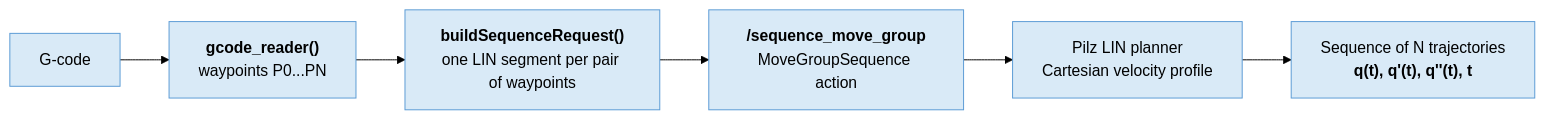
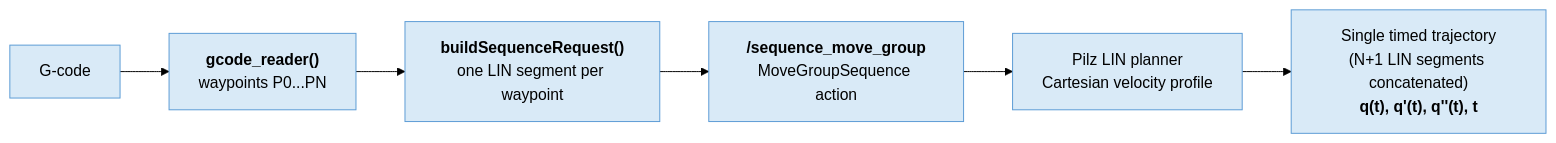
Before and after one commit to PedroAcero/tfm_workspace: the second of 2 diagrams in src/docs/planning.md, drawn with Mermaid (forest theme). The commit also changed other lines of this file, not shown here.

````diff
--- a/src/docs/planning.md
+++ b/src/docs/planning.md
@@ -145,15 +144,15 @@
 ```mermaid
 flowchart LR
     A["G-code"] --> B["<b> gcode_reader() </b><br/>waypoints P0...PN"]
-    B --> C["<b> buildSequenceRequest() </b><br/>one LIN segment per pair of waypoints"]
+    B --> C["<b> buildSequenceRequest() </b><br/>one LIN segment per waypoint"]
     C --> D["<b> /sequence_move_group </b><br/>MoveGroupSequence action"]
     D --> E["Pilz LIN planner<br/>Cartesian velocity profile"]
-    E --> F["Sequence of N trajectories<br/> <b>q(t), q'(t), q''(t), t </b>"]
+    E --> F["Single timed trajectory<br/>(N+1 LIN segments concatenated)<br/> <b>q(t), q'(t), q''(t), t </b>"]
 
     style A fill:#D9EAF7,stroke:#5B9BD5,color:#000
     style B fill:#D9EAF7,stroke:#5B9BD5,color:#000
     style C fill:#D9EAF7,stroke:#5B9BD5,color:#000
     style D fill:#D9EAF7,stroke:#5B9BD5,color:#000
     style E fill:#D9EAF7,stroke:#5B9BD5,color:#000
     style F fill:#D9EAF7,stroke:#5B9BD5,color:#000
 ```
````
